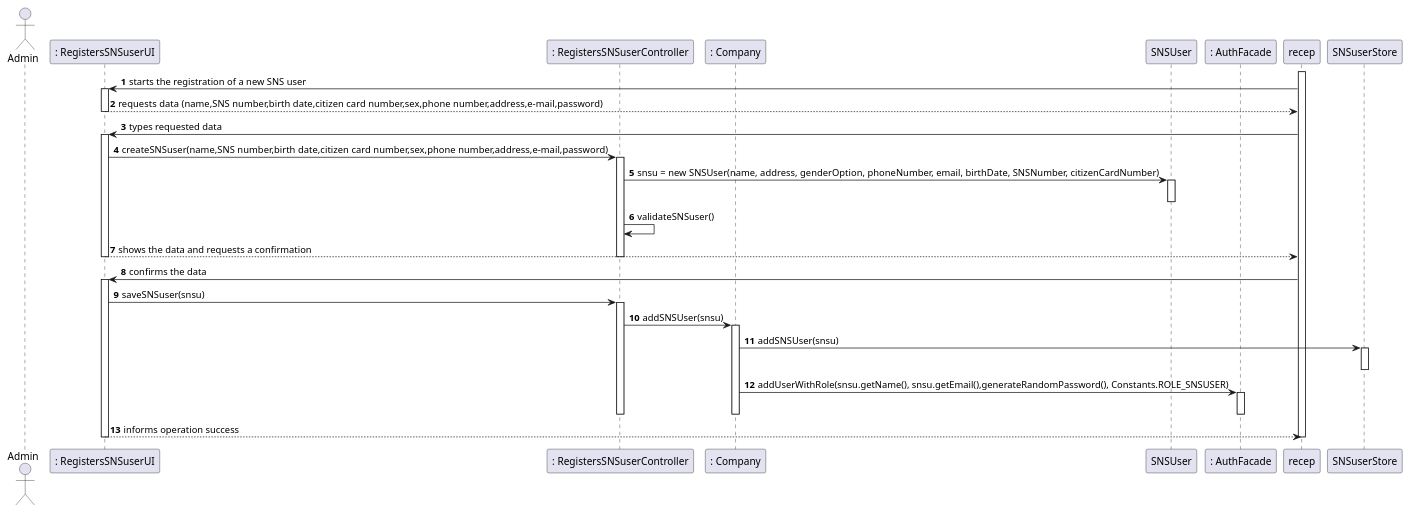
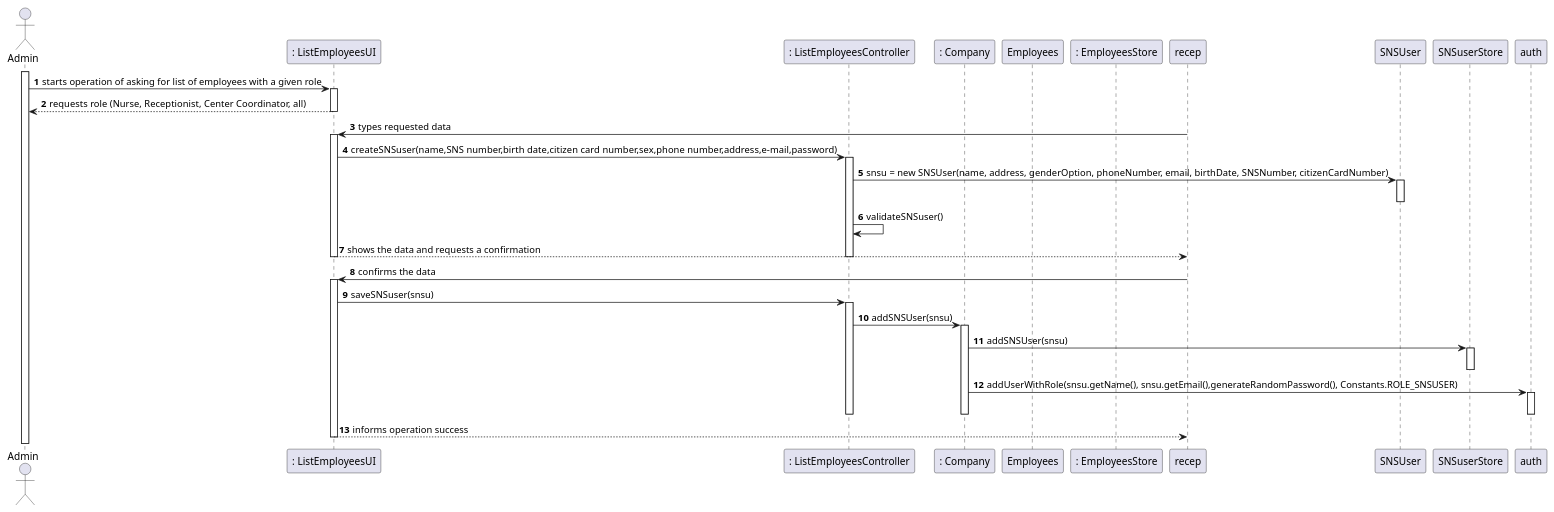
One commit to PedroMesquita1211171/VaccinationManager changed the diagram in docs/SprintB/US/US11/US011_SD.puml. Above: the diagram before and after it, drawn with PlantUML. The commit also changed 4 other files, not shown here.

```diff
--- a/docs/SprintB/US/US11/US011_SD.puml
+++ b/docs/SprintB/US/US11/US011_SD.puml
@@ -1,61 +1,61 @@
 @startuml
 autonumber
 actor "Admin" as admin
 
-participant ": RegistersSNSuserUI" as UI
-participant ": RegistersSNSuserController" as Controller
+participant ": ListEmployeesUI" as UI
+participant ": ListEmployeesController" as Controller
 participant ": Company" as Company
-participant "SNSUser" as SNSUser
-participant ": AuthFacade" as auth
+participant "Employees" as Employees
+participant ": EmployeesStore" as store
 
-activate recep
-recep -> UI :  starts the registration of a new SNS user
+activate admin
+admin -> UI :  starts operation of asking for list of employees with a given role
 activate UI
-UI --> recep : requests data (name,SNS number,birth date,citizen card number,sex,phone number,address,e-mail,password)
+UI --> admin : requests role (Nurse, Receptionist, Center Coordinator, all)
 deactivate UI
 
 recep -> UI : types requested data
 activate UI
 
 UI -> Controller : createSNSuser(name,SNS number,birth date,citizen card number,sex,phone number,address,e-mail,password)
 activate Controller
 
 
 Controller -> SNSUser : snsu = new SNSUser(name, address, genderOption, phoneNumber, email, birthDate, SNSNumber, citizenCardNumber)
 activate SNSUser
 deactivate SNSUser
 
 
 Controller -> Controller : validateSNSuser()
 
 UI --> recep : shows the data and requests a confirmation
 deactivate UI
 deactivate Controller
 
 recep -> UI : confirms the data
 activate UI
 
 UI -> Controller : saveSNSuser(snsu)
 activate Controller
 
 
 Controller -> Company : addSNSUser(snsu)
 activate Company
 
 
 Company -> SNSuserStore : addSNSUser(snsu)
 activate SNSuserStore
 deactivate SNSuserStore
 
 Company -> auth : addUserWithRole(snsu.getName(), snsu.getEmail(),generateRandomPassword(), Constants.ROLE_SNSUSER)
 activate auth
 deactivate auth
 
 deactivate Controller
 deactivate Company
 
 UI --> recep : informs operation success
 
 deactivate UI
 deactivate recep
 @enduml
```
